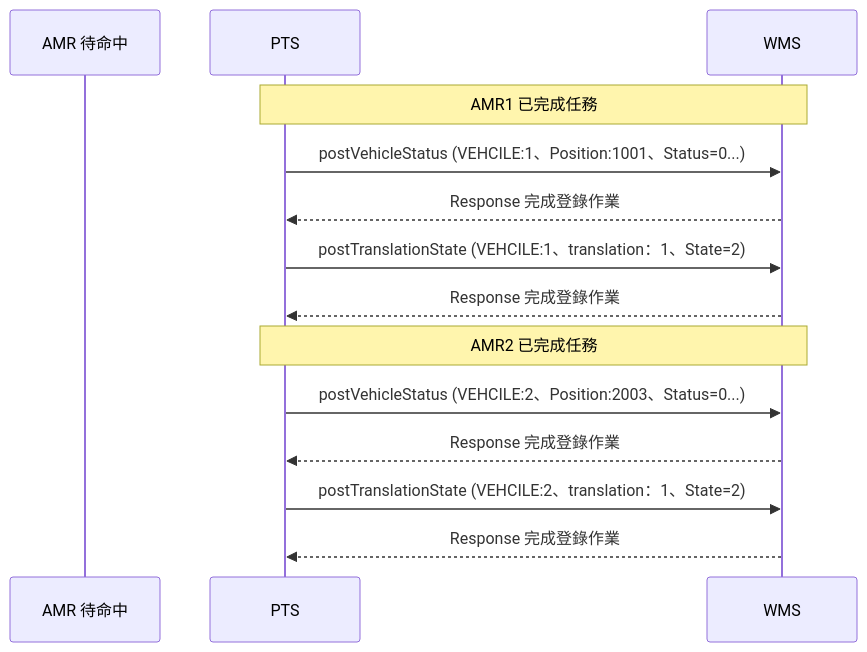
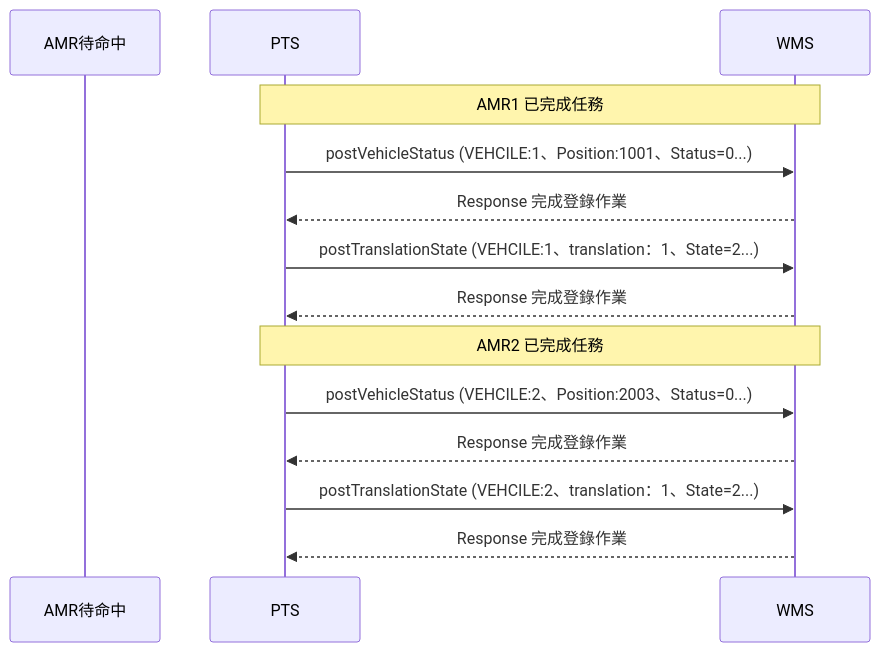
One commit to athena-tircgo/amr-wms-lsj changed the eighth of 9 diagrams in README.md. Above: the diagram before and after it, drawn with Mermaid. The commit also changed other lines of this file, not shown here.

````diff
--- a/README.md
+++ b/README.md
@@ -410,19 +410,19 @@
 ```mermaid
 sequenceDiagram
-    participant AMR 待命中
+    participant AMR待命中
     participant PTS
     participant WMS
 
 note over PTS,WMS: AMR1 已完成任務
      PTS->>WMS: postVehicleStatus (VEHCILE:1、Position:1001、Status=0...)
      WMS-->>PTS:Response 完成登錄作業
-     PTS->>WMS: postTranslationState (VEHCILE:1、translation：1、State=2)
+     PTS->>WMS: postTranslationState (VEHCILE:1、translation：1、State=2...)
      WMS-->>PTS:Response 完成登錄作業
 
 note over PTS,WMS: AMR2 已完成任務
      PTS->>WMS: postVehicleStatus (VEHCILE:2、Position:2003、Status=0...)
      WMS-->>PTS:Response 完成登錄作業
-     PTS->>WMS: postTranslationState (VEHCILE:2、translation：1、State=2)
+     PTS->>WMS: postTranslationState (VEHCILE:2、translation：1、State=2...)
      WMS-->>PTS:Response 完成登錄作業
 
 ```
````
